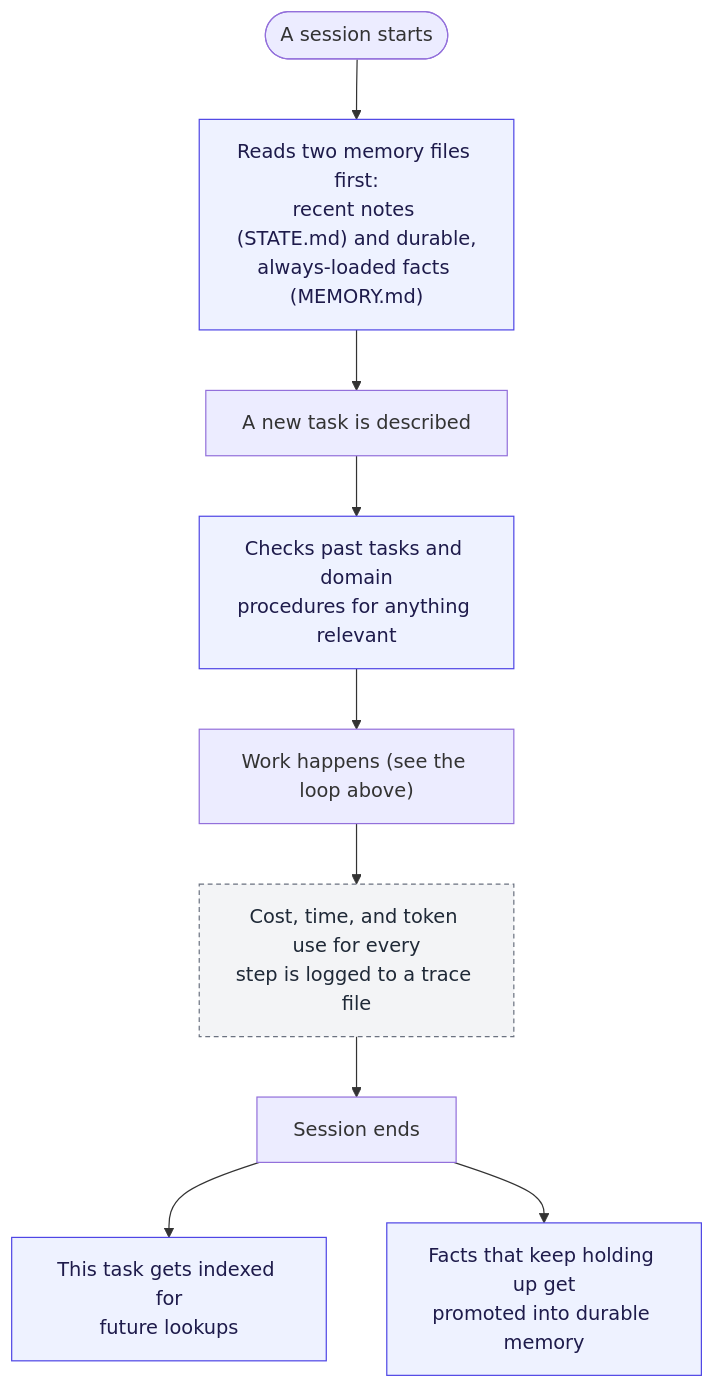
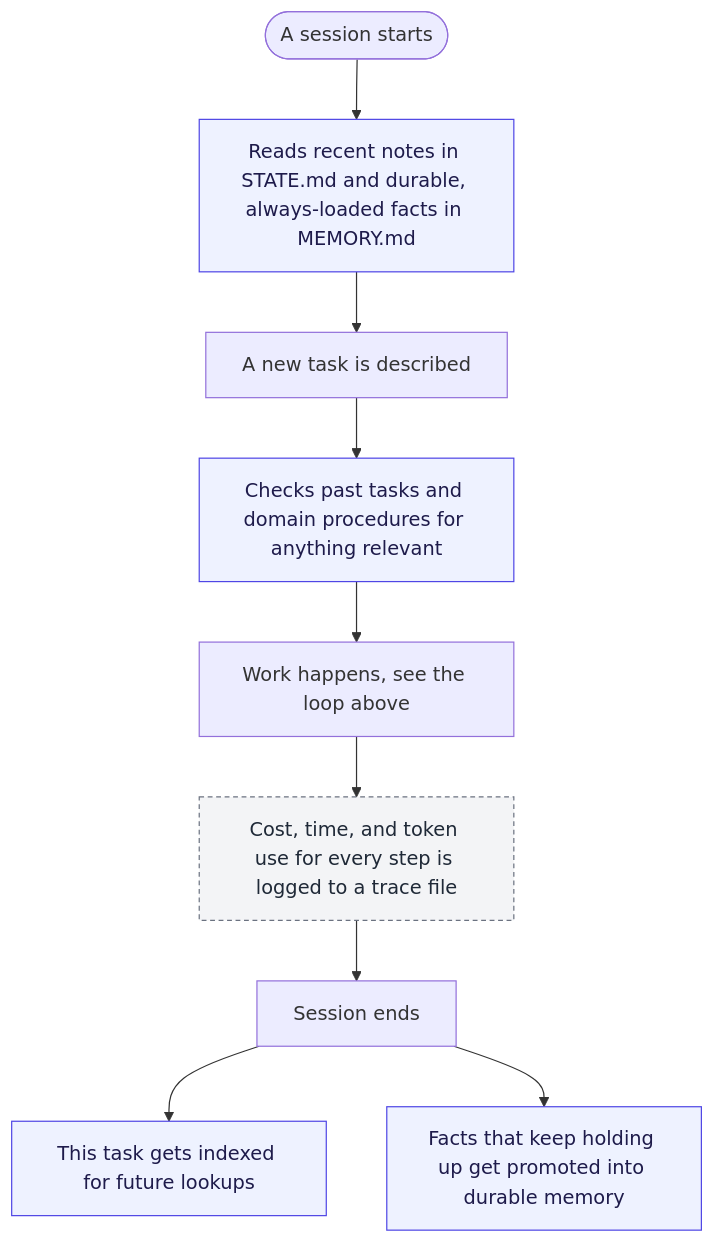
Before and after one commit to amtamaddon/intake: the second of 2 diagrams in README.md, drawn with Mermaid. The commit also changed other lines of this file and 1 other file, not shown here.

Commit message:
README diagrams: remove manual <br/> line breaks causing text clipping
Every multi-line node label was getting cut off in GitHub's Mermaid
renderer -- box auto-sizing wasn't accounting for manually-forced line
breaks correctly. Replaced all <br/> breaks with plain spaces/commas and
let Mermaid's own text wrapping size the boxes, which is more reliable
than manual breaks. Re-validated both diagrams with mermaid.parse().

````diff
--- a/README.md
+++ b/README.md
@@ -81,14 +81,14 @@
 ```mermaid
 flowchart TB
     classDef mem fill:#eef2ff,stroke:#4f46e5,color:#1e1b4b,stroke-width:1px
     classDef log fill:#f3f4f6,stroke:#6b7280,color:#1f2937,stroke-width:1px,stroke-dasharray:4 3
 
-    SESSTART(["A session starts"]) --> READS["Reads two memory files first:<br/>recent notes (STATE.md) and durable,<br/>always-loaded facts (MEMORY.md)"]:::mem
+    SESSTART(["A session starts"]) --> READS["Reads recent notes in STATE.md and durable, always-loaded facts in MEMORY.md"]:::mem
     READS --> NEWTASK["A new task is described"]
-    NEWTASK --> LOOKUP["Checks past tasks and domain<br/>procedures for anything relevant"]:::mem
-    LOOKUP --> WORKHAPPENS["Work happens (see the loop above)"]
-    WORKHAPPENS --> TRACELOG["Cost, time, and token use for every<br/>step is logged to a trace file"]:::log
+    NEWTASK --> LOOKUP["Checks past tasks and domain procedures for anything relevant"]:::mem
+    LOOKUP --> WORKHAPPENS["Work happens, see the loop above"]
+    WORKHAPPENS --> TRACELOG["Cost, time, and token use for every step is logged to a trace file"]:::log
     TRACELOG --> SESSEND["Session ends"]
-    SESSEND --> INDEXED["This task gets indexed for<br/>future lookups"]:::mem
-    SESSEND --> PROMOTED["Facts that keep holding up get<br/>promoted into durable memory"]:::mem
+    SESSEND --> INDEXED["This task gets indexed for future lookups"]:::mem
+    SESSEND --> PROMOTED["Facts that keep holding up get promoted into durable memory"]:::mem
 ```
````
